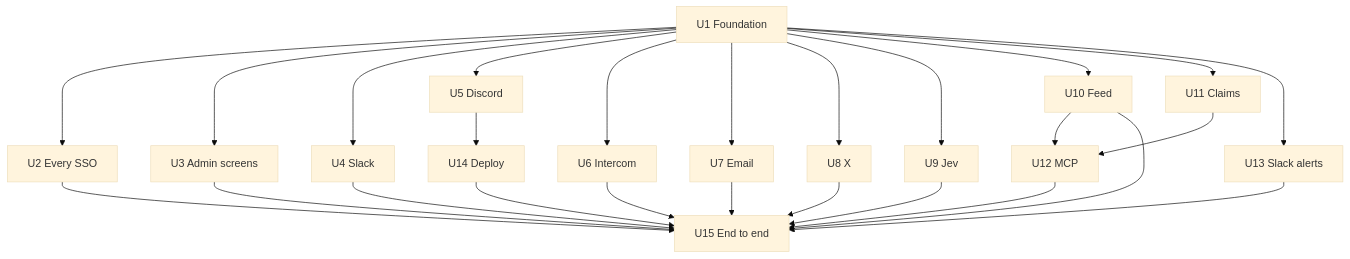
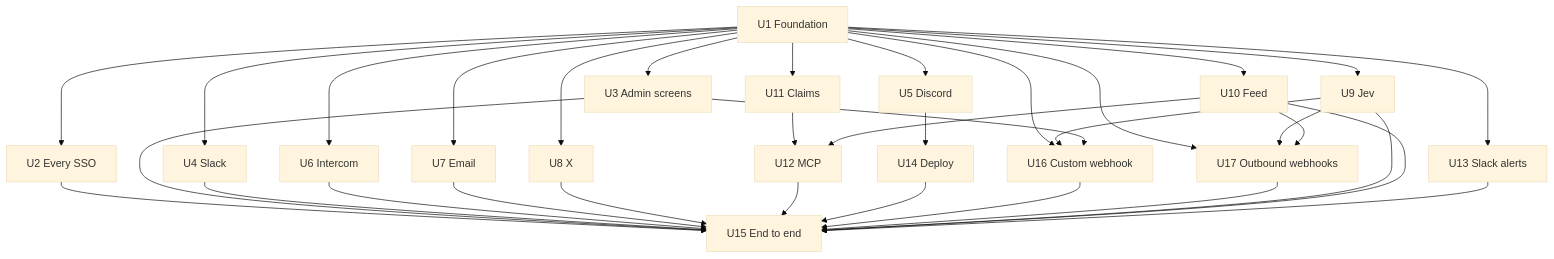
The fifth of 5 diagrams in docs/plans/2026-09-24-001-feat-happyhappy-sentiment-feed-plan.md (kieranklaassen/happyhappy), drawn with Mermaid (base theme) before and after one commit. The commit also changed other lines of this file, not shown here.

Commit message:
Add custom inbound and outbound webhooks (U16, U17) to the happyhappy plan

````diff
--- a/docs/plans/2026-09-24-001-feat-happyhappy-sentiment-feed-plan.md
+++ b/docs/plans/2026-09-24-001-feat-happyhappy-sentiment-feed-plan.md
@@ -360,28 +372,36 @@
 ```mermaid
 flowchart TB
   U1[U1 Foundation] --> U2[U2 Every SSO]
   U1 --> U3[U3 Admin screens]
   U1 --> U4[U4 Slack]
   U1 --> U5[U5 Discord]
   U1 --> U6[U6 Intercom]
   U1 --> U7[U7 Email]
   U1 --> U8[U8 X]
   U1 --> U9[U9 Jev]
   U1 --> U10[U10 Feed]
   U1 --> U11[U11 Claims]
   U1 --> U13[U13 Slack alerts]
   U11 --> U12[U12 MCP]
   U10 --> U12
   U5 --> U14[U14 Deploy]
   U2 --> U15[U15 End to end]
   U3 --> U15
   U4 --> U15
   U6 --> U15
   U7 --> U15
   U8 --> U15
   U12 --> U15
   U14 --> U15
+  U1 --> U16[U16 Custom webhook]
+  U9 --> U16
+  U3 --> U16
+  U1 --> U17[U17 Outbound webhooks]
+  U9 --> U17
+  U10 --> U17
+  U16 --> U15
+  U17 --> U15
   U9 --> U15
   U10 --> U15
   U13 --> U15
 ```
````
